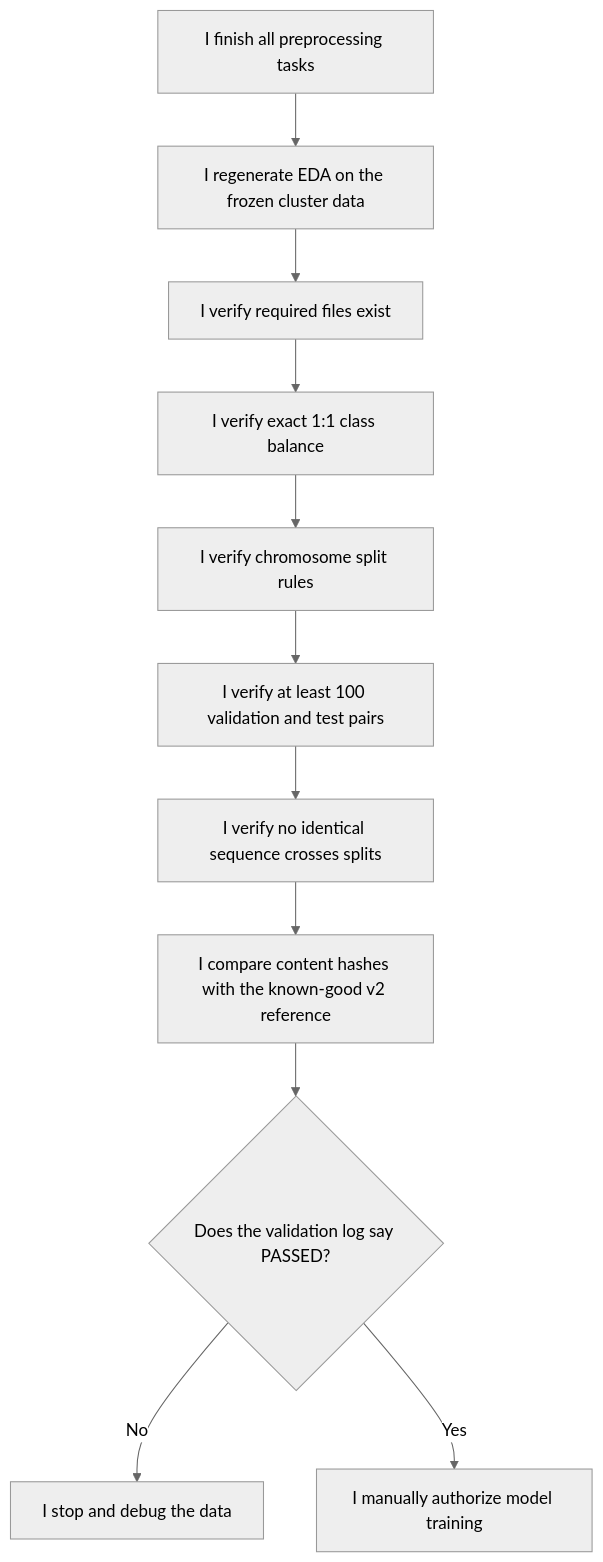
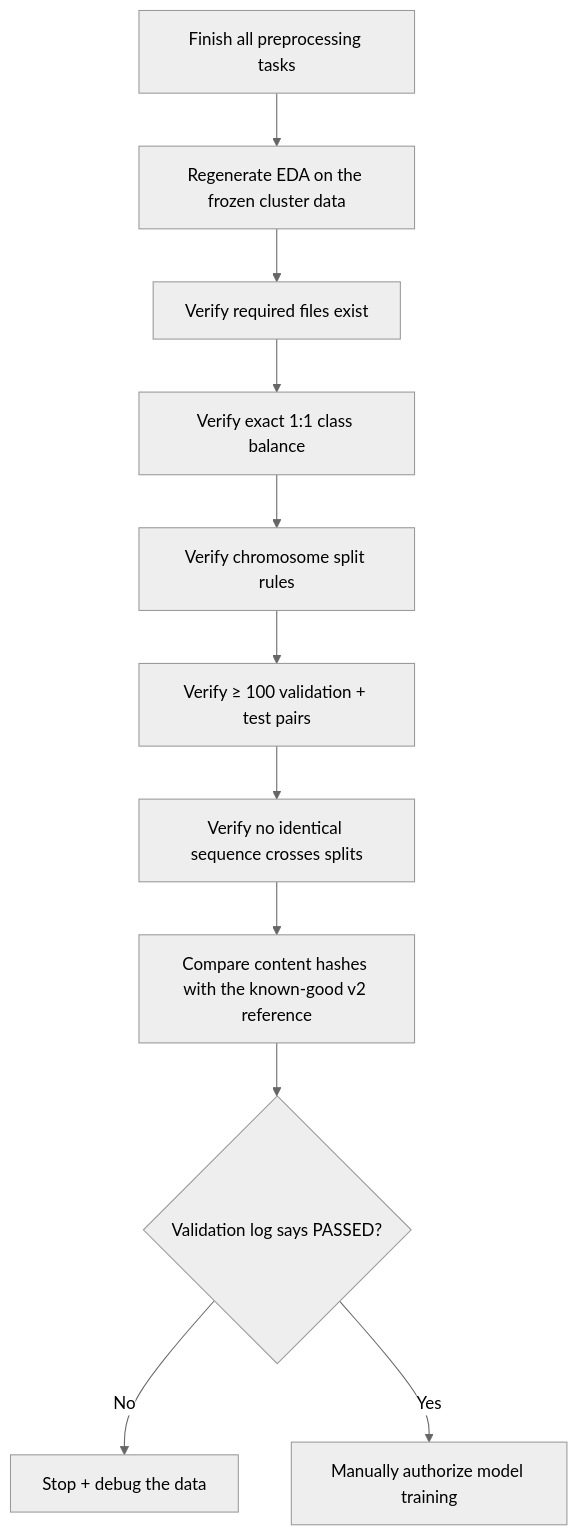
One commit to NirmalKumar31/rbp-binding changed the ninth of 25 diagrams in README.md. Above: the diagram before and after it, drawn with Mermaid (neutral theme). The commit also changed other lines of this file, not shown here.

Commit message:
docs: neutralize first-person voice inside mermaid diagram labels

````diff
--- a/README.md
+++ b/README.md
@@ -350,13 +350,13 @@
 ```mermaid
 flowchart TD
-    A["I finish all preprocessing tasks"] --> B["I regenerate EDA on the frozen cluster data"]
-    B --> C["I verify required files exist"]
-    C --> D["I verify exact 1:1 class balance"]
-    D --> E["I verify chromosome split rules"]
-    E --> F["I verify at least 100 validation and test pairs"]
-    F --> G["I verify no identical sequence crosses splits"]
-    G --> H["I compare content hashes with the known-good v2 reference"]
-    H --> I{"Does the validation log say PASSED?"}
-    I -->|"No"| J["I stop and debug the data"]
-    I -->|"Yes"| K["I manually authorize model training"]
+    A["Finish all preprocessing tasks"] --> B["Regenerate EDA on the frozen cluster data"]
+    B --> C["Verify required files exist"]
+    C --> D["Verify exact 1:1 class balance"]
+    D --> E["Verify chromosome split rules"]
+    E --> F["Verify ≥ 100 validation + test pairs"]
+    F --> G["Verify no identical sequence crosses splits"]
+    G --> H["Compare content hashes with the known-good v2 reference"]
+    H --> I{"Validation log says PASSED?"}
+    I -->|"No"| J["Stop + debug the data"]
+    I -->|"Yes"| K["Manually authorize model training"]
 ```
````
